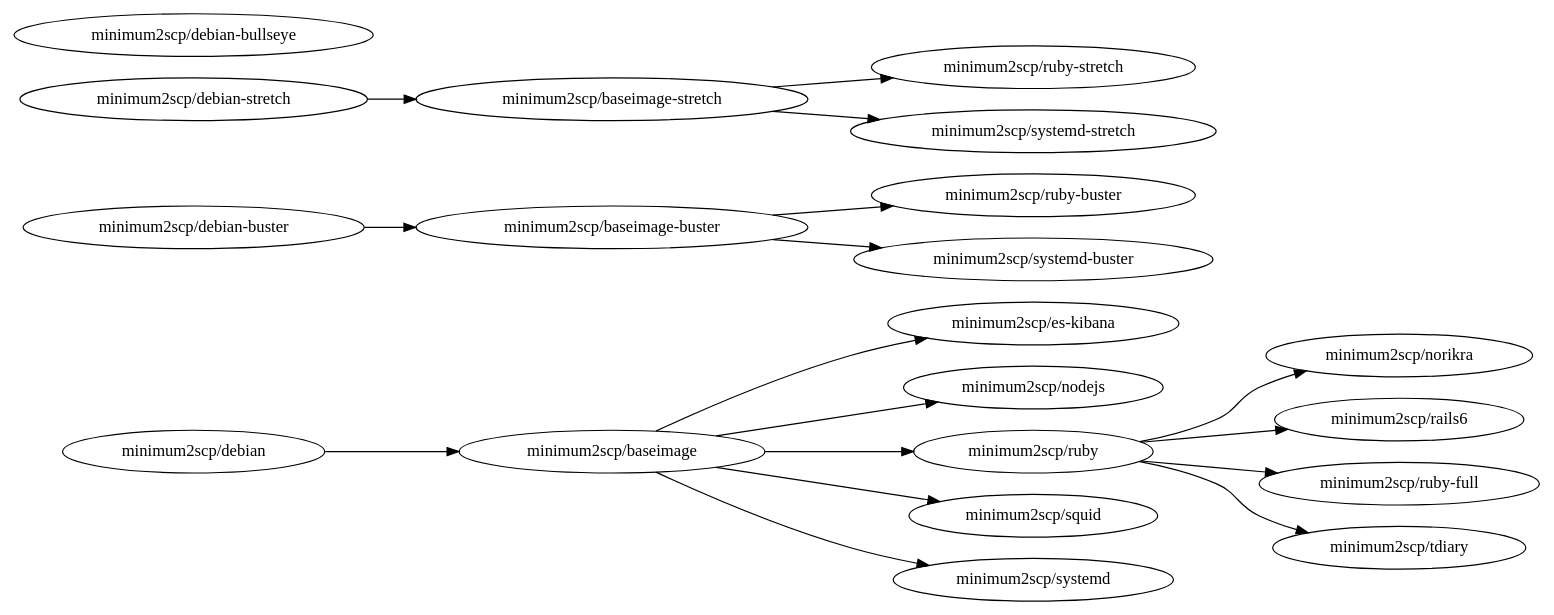
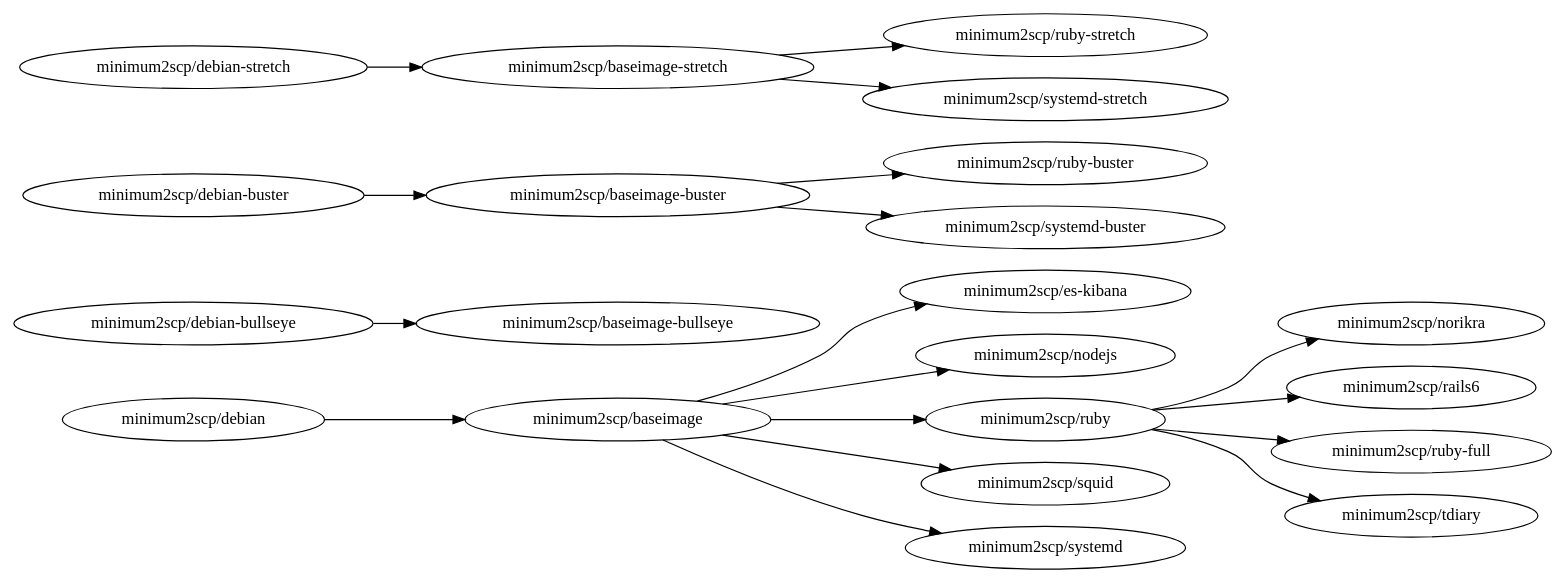
Before and after one commit to minimum2scp/dockerfiles: the diagram in deps.dot, drawn with Graphviz.

```diff
--- a/deps.dot
+++ b/deps.dot
@@ -1,37 +1,40 @@
 digraph deps {
   graph        [rankdir = "LR"];
   ratio = auto;
 
 
-  baseimage         [label = "minimum2scp/baseimage"];
-  baseimage_buster  [label = "minimum2scp/baseimage-buster "];
-  baseimage_stretch [label = "minimum2scp/baseimage-stretch"];
-  debian            [label = "minimum2scp/debian"];
-  debian_bullseye   [label = "minimum2scp/debian-bullseye"];
-  debian_buster     [label = "minimum2scp/debian-buster"];
-  debian_stretch    [label = "minimum2scp/debian-stretch"];
-  es_kibana         [label = "minimum2scp/es-kibana"];
-  nodejs            [label = "minimum2scp/nodejs"];
-  norikra           [label = "minimum2scp/norikra"];
-  rails6            [label = "minimum2scp/rails6"];
-  ruby              [label = "minimum2scp/ruby"];
-  ruby_buster       [label = "minimum2scp/ruby-buster "];
-  ruby_full         [label = "minimum2scp/ruby-full"];
-  ruby_stretch      [label = "minimum2scp/ruby-stretch"];
-  squid             [label = "minimum2scp/squid"];
-  systemd           [label = "minimum2scp/systemd"];
-  systemd_buster    [label = "minimum2scp/systemd-buster"];
-  systemd_stretch   [label = "minimum2scp/systemd-stretch"];
-  tdiary            [label = "minimum2scp/tdiary"];
+  baseimage          [label = "minimum2scp/baseimage"];
+  baseimage_bullseye [label = "minimum2scp/baseimage-bullseye"];
+  baseimage_buster   [label = "minimum2scp/baseimage-buster"];
+  baseimage_stretch  [label = "minimum2scp/baseimage-stretch"];
+  debian             [label = "minimum2scp/debian"];
+  debian_bullseye    [label = "minimum2scp/debian-bullseye"];
+  debian_buster      [label = "minimum2scp/debian-buster"];
+  debian_stretch     [label = "minimum2scp/debian-stretch"];
+  es_kibana          [label = "minimum2scp/es-kibana"];
+  nodejs             [label = "minimum2scp/nodejs"];
+  norikra            [label = "minimum2scp/norikra"];
+  rails6             [label = "minimum2scp/rails6"];
+  ruby               [label = "minimum2scp/ruby"];
+  ruby_buster        [label = "minimum2scp/ruby-buster "];
+  ruby_full          [label = "minimum2scp/ruby-full"];
+  ruby_stretch       [label = "minimum2scp/ruby-stretch"];
+  squid              [label = "minimum2scp/squid"];
+  systemd            [label = "minimum2scp/systemd"];
+  systemd_buster     [label = "minimum2scp/systemd-buster"];
+  systemd_stretch    [label = "minimum2scp/systemd-stretch"];
+  tdiary             [label = "minimum2scp/tdiary"];
 
   debian    -> baseimage;
   baseimage -> {es_kibana, nodejs, ruby, squid, systemd};
   ruby      -> {norikra, rails6, ruby_full, tdiary};
+
+  debian_bullseye -> baseimage_bullseye;
 
   debian_buster -> baseimage_buster;
   baseimage_buster -> {ruby_buster, systemd_buster};
 
   debian_stretch   -> baseimage_stretch;
   baseimage_stretch -> {systemd_stretch, ruby_stretch};
 
 }
```
